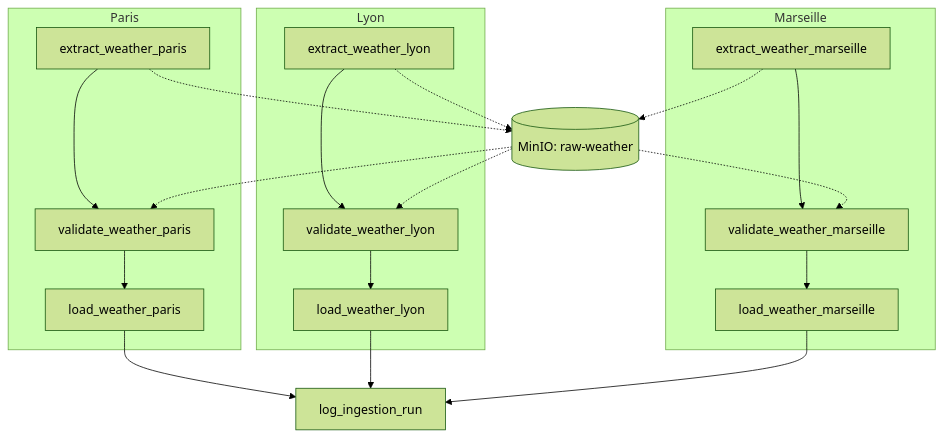
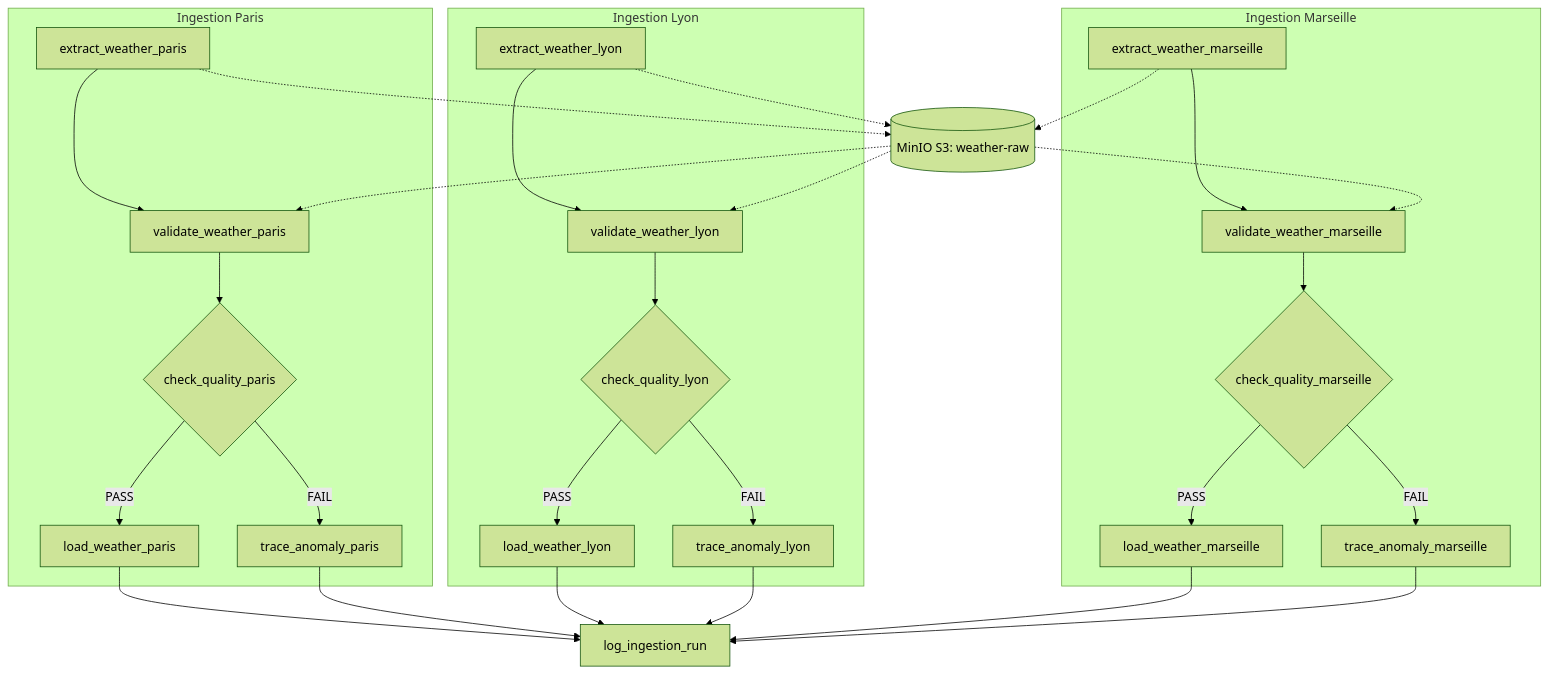
One commit to NassAbd/ipssi-tp2-airflow changed the diagram in README.md. Above: the diagram before and after it, drawn with Mermaid (forest theme). The commit also changed other lines of this file and 8 other files, not shown here.

First line of the commit message:
feat(tp5): industrialise weather pipeline with quality controls and idempotence

````diff
--- a/README.md
+++ b/README.md
@@ -7,24 +15,40 @@
 ```mermaid
 graph TD
-    subgraph Paris
-        extract_paris[extract_weather_paris] --> validate_paris[validate_weather_paris] --> load_paris[load_weather_paris]
-    end
-    subgraph Lyon
-        extract_lyon[extract_weather_lyon] --> validate_lyon[validate_weather_lyon] --> load_lyon[load_weather_lyon]
-    end
-    subgraph Marseille
-        extract_marseille[extract_weather_marseille] --> validate_marseille[validate_weather_marseille] --> load_marseille[load_weather_marseille]
+    %% Paris branch
+    subgraph Ingestion Paris
+        E_P[extract_weather_paris] --> V_P[validate_weather_paris] --> C_P{check_quality_paris}
+        C_P -->|PASS| L_P[load_weather_paris]
+        C_P -->|FAIL| T_P[trace_anomaly_paris]
     end
 
-    extract_paris -.-> minio[(MinIO: raw-weather)]
-    extract_lyon -.-> minio
-    extract_marseille -.-> minio
+    %% Lyon branch
+    subgraph Ingestion Lyon
+        E_L[extract_weather_lyon] --> V_L[validate_weather_lyon] --> C_L{check_quality_lyon}
+        C_L -->|PASS| L_L[load_weather_lyon]
+        C_L -->|FAIL| T_L[trace_anomaly_lyon]
+    end
 
-    minio -.-> validate_paris
-    minio -.-> validate_lyon
-    minio -.-> validate_marseille
+    %% Marseille branch
+    subgraph Ingestion Marseille
+        E_M[extract_weather_marseille] --> V_M[validate_weather_marseille] --> C_M{check_quality_marseille}
+        C_M -->|PASS| L_M[load_weather_marseille]
+        C_M -->|FAIL| T_M[trace_anomaly_marseille]
+    end
 
-    load_paris --> log_ingestion_run[log_ingestion_run]
-    load_lyon --> log_ingestion_run
-    load_marseille --> log_ingestion_run
+    %% Storage connections
+    E_P -.-> MinIO[(MinIO S3: weather-raw)]
+    E_L -.-> MinIO
+    E_M -.-> MinIO
+
+    MinIO -.-> V_P
+    MinIO -.-> V_L
+    MinIO -.-> V_M
+
+    %% Final Audit
+    L_P --> A[log_ingestion_run]
+    T_P --> A
+    L_L --> A
+    T_L --> A
+    L_M --> A
+    T_M --> A
 ```
````
